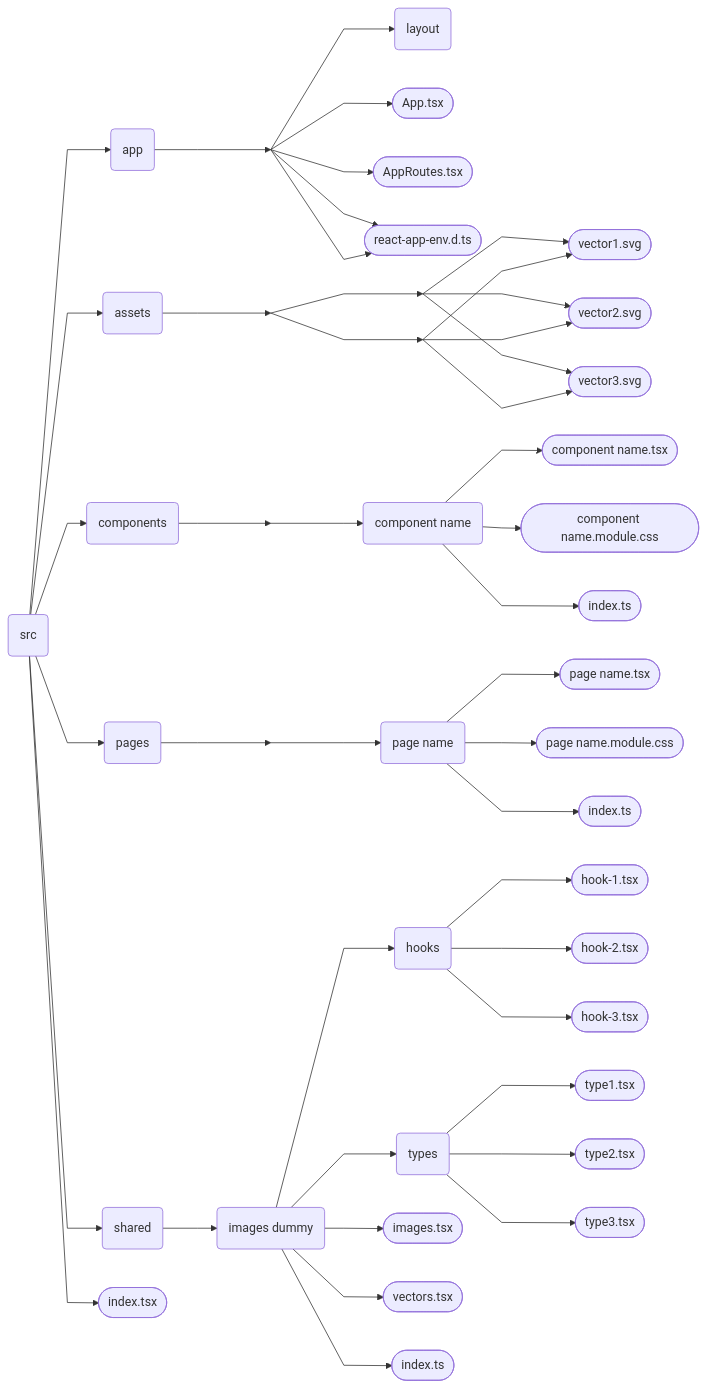
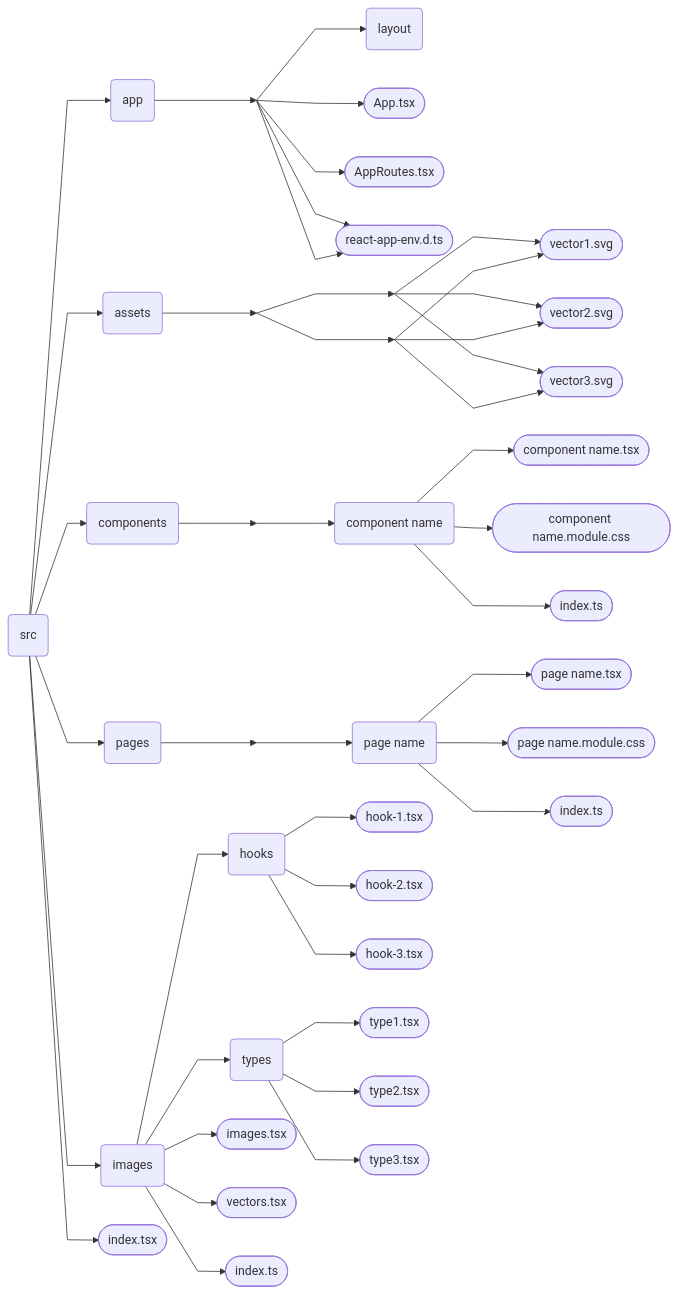
Before and after one commit to TereshonokMaksim/Unmanned-Project_FRONT: the diagram in README.md, drawn with Mermaid.

Commit message:
README preview testing

````diff
--- a/README.md
+++ b/README.md
@@ -106,70 +106,69 @@
 ```mermaid
 %%{ init : { "theme" : "default", "flowchart" : { "curve" : "linear" } }}%%
 
 flowchart LR
 
     A(src) --> L(app)
     A(src) --> K(assets)
     A(src) --> J(components)
     A(src) --> I(pages)
     A(src) --> H(shared)
     A(src) --> G([index.tsx])
 
 
     LA(app dummy):::hidden --> DB(layout)
     LA(app dummy):::hidden --> DC([App.tsx])
     LA(app dummy):::hidden --> DD([AppRoutes.tsx])
     LA(app dummy):::hidden --> DE([index.ts])
     LA(app dummy):::hidden --> DE([react-app-env.d.ts])
 
     L --> LA
 
     KA(assets dummy):::hidden --> KB(images)
     KA(assets dummy):::hidden --> KC(vectors)
 
     KB(images):::hidden --> KDB([image1.png])
     KB(images):::hidden --> KDC([image2.png])
     KB(images):::hidden --> KDD([image3.png])
 
     KC(vectors):::hidden --> KDB([vector1.svg])
     KC(vectors):::hidden --> KDC([vector2.svg])
     KC(vectors):::hidden --> KDD([vector3.svg])
 
 
     K --> KA
 
 
     JA(components dummy):::hidden --> JB(component name)
 
     JB(component name) --> JBA([component name.tsx])
     JB(component name) --> JBB([component name.module.css])
     JB(component name) --> JBC([index.ts])
 
     J --> JA
 
     IA(pages dummy):::hidden --> IB(page name)
 
     IB(page name) --> IBA([page name.tsx])
     IB(page name) --> IBB([page name.module.css])
     IB(page name) --> IBC([index.ts])
 
     I --> IA
 
-    HA(images dummy) --> HB(hooks)
-    HA(images dummy) --> HC(types)
-    HA(images dummy) --> HD([images.tsx])
-    HA(images dummy) --> HE([vectors.tsx])
-    HA(images dummy) --> HF([index.ts])
+    H(images) --> HB(hooks)
+    H(images) --> HC(types)
+    H(images) --> HD([images.tsx])
+    H(images) --> HE([vectors.tsx])
+    H(images) --> HF([index.ts])
 
     HB(hooks) --> HBB([hook-1.tsx])
     HB(hooks) --> HBC([hook-2.tsx])
     HB(hooks) --> HBD([hook-3.tsx])
 
     HC(types) --> HCB([type1.tsx])
     HC(types) --> HCC([type2.tsx])
     HC(types) --> HCD([type3.tsx])
 
-    H --> HA
 
     classDef hidden display: none
 ```
````
